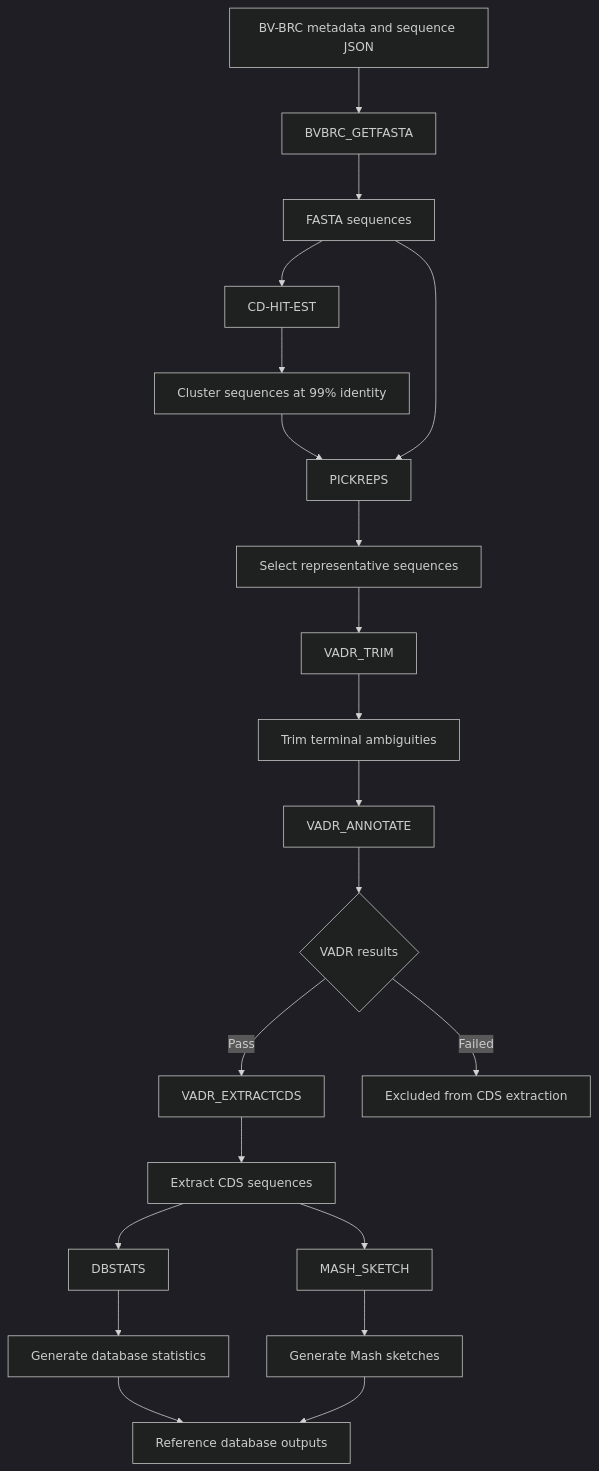
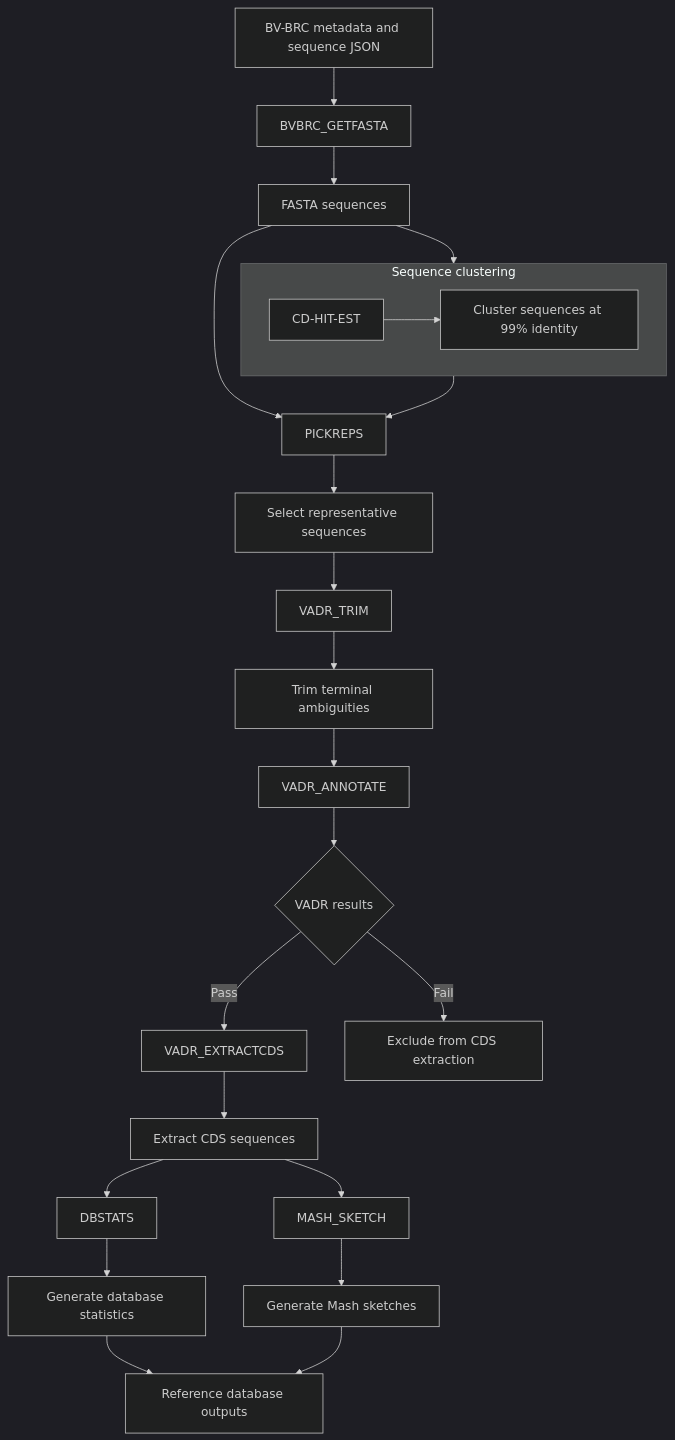
Before and after one commit to xiaoli-dong/fluab-reference-db: the second of 2 diagrams in README.md, drawn with Mermaid (dark theme). The commit also changed other lines of this file, not shown here.

````diff
--- a/README.md
+++ b/README.md
@@ -47,24 +47,35 @@
 ```mermaid
-%%{init: {"flowchart": {"wrappingWidth": 280, "nodeSpacing": 50, "rankSpacing": 60}}}%%
-flowchart TD
+flowchart TB
     A["BV-BRC metadata and sequence JSON"] --> B["BVBRC_GETFASTA"]
     B --> C["FASTA sequences"]
-    C --> D["CD-HIT-EST"]
-    D --> E["Cluster sequences at 99% identity"]
-    E --> F["PICKREPS"]
-    C --> F
+
+    C --> D
+
+    subgraph CLUSTER["Sequence clustering"]
+        direction LR
+        D["CD-HIT-EST"] --> E["Cluster sequences at 99% identity"]
+    end
+
+    C --> F["PICKREPS"]
+    E --> F
+
     F --> G["Select representative sequences"]
     G --> H["VADR_TRIM"]
     H --> I["Trim terminal ambiguities"]
     I --> J["VADR_ANNOTATE"]
+
     J --> K{"VADR results"}
     K -->|Pass| L["VADR_EXTRACTCDS"]
-    K -->|Failed| M["Excluded from CDS extraction"]
+    K -->|Fail| M["Exclude from CDS extraction"]
+
     L --> N["Extract CDS sequences"]
+
     N --> O["DBSTATS"]
     O --> P["Generate database statistics"]
+
     N --> Q["MASH_SKETCH"]
     Q --> R["Generate Mash sketches"]
+
     P --> S["Reference database outputs"]
     R --> S
 ```
````
